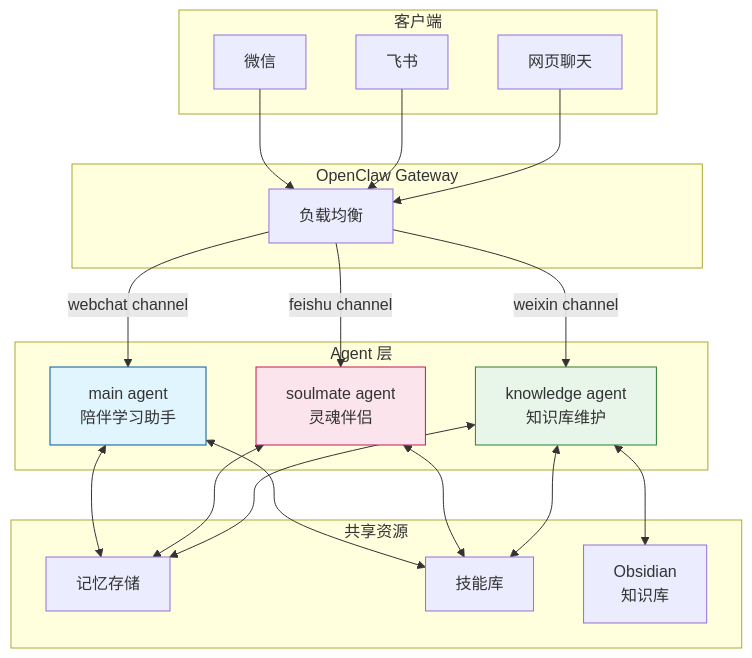
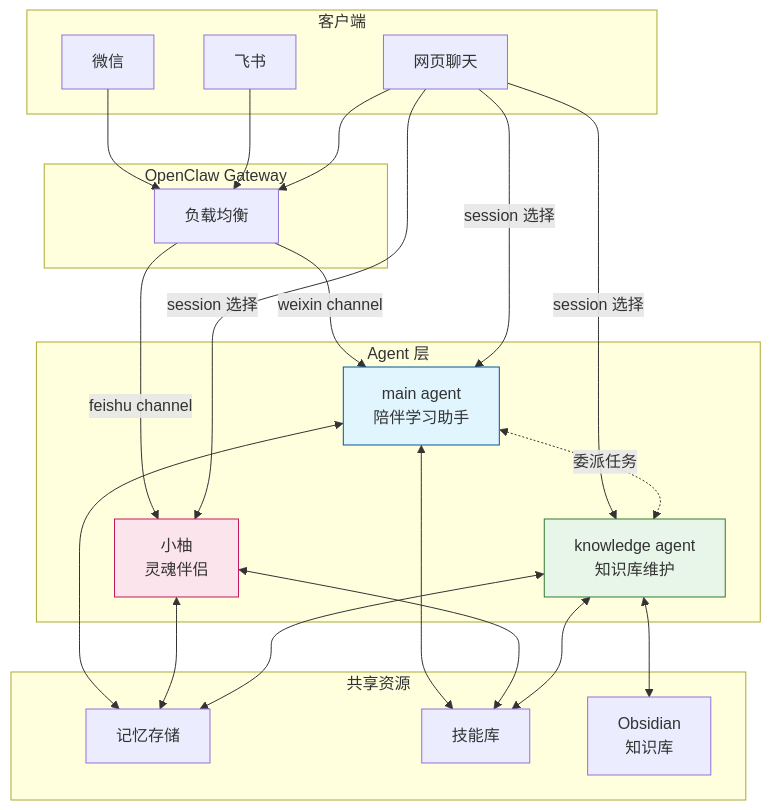
Before and after one commit to zhangchen091488-collab/knowhow-ai: the first of 5 diagrams in content/06-OpenClaw/08-Agent-Architecture.md, drawn with Mermaid. The commit also changed other lines of this file, not shown here.

First line of the commit message:
修正 Agent 架构关系

````diff
--- a/content/06-OpenClaw/08-Agent-Architecture.md
+++ b/content/06-OpenClaw/08-Agent-Architecture.md
@@ -17,45 +17,50 @@
 ```mermaid
 graph TB
     subgraph "客户端"
         WEIXIN[微信]
         FEISHU[飞书]
         WEB[网页聊天]
     end
 
     subgraph "OpenClaw Gateway"
         LB[负载均衡]
     end
 
     subgraph "Agent 层"
         MAIN["main agent<br/>陪伴学习助手"]
-        SOULMATE["soulmate agent<br/>灵魂伴侣"]
+        SOULMATE["小柚<br/>灵魂伴侣"]
         KNOWLEDGE["knowledge agent<br/>知识库维护"]
     end
 
     subgraph "共享资源"
         MEM["记忆存储"]
         SKILLS[技能库]
         KB[Obsidian<br/>知识库]
     end
 
     WEIXIN --> LB
     FEISHU --> LB
     WEB --> LB
 
     LB -->|feishu channel| SOULMATE
-    LB -->|weixin channel| KNOWLEDGE
-    LB -->|webchat channel| MAIN
+    LB -->|weixin channel| MAIN
+
+    WEB -->|session 选择| MAIN
+    WEB -->|session 选择| SOULMATE
+    WEB -->|session 选择| KNOWLEDGE
+
+    MAIN <-.->|委派任务| KNOWLEDGE
 
     MAIN <--> MEM
     SOULMATE <--> MEM
     KNOWLEDGE <--> MEM
     KNOWLEDGE <--> KB
 
     MAIN <--> SKILLS
     SOULMATE <--> SKILLS
     KNOWLEDGE <--> SKILLS
 
     style MAIN fill:#e1f5fe,stroke:#01579b
     style SOULMATE fill:#fce4ec,stroke:#c2185b
     style KNOWLEDGE fill:#e8f5e9,stroke:#2e7d32
 ```
````
